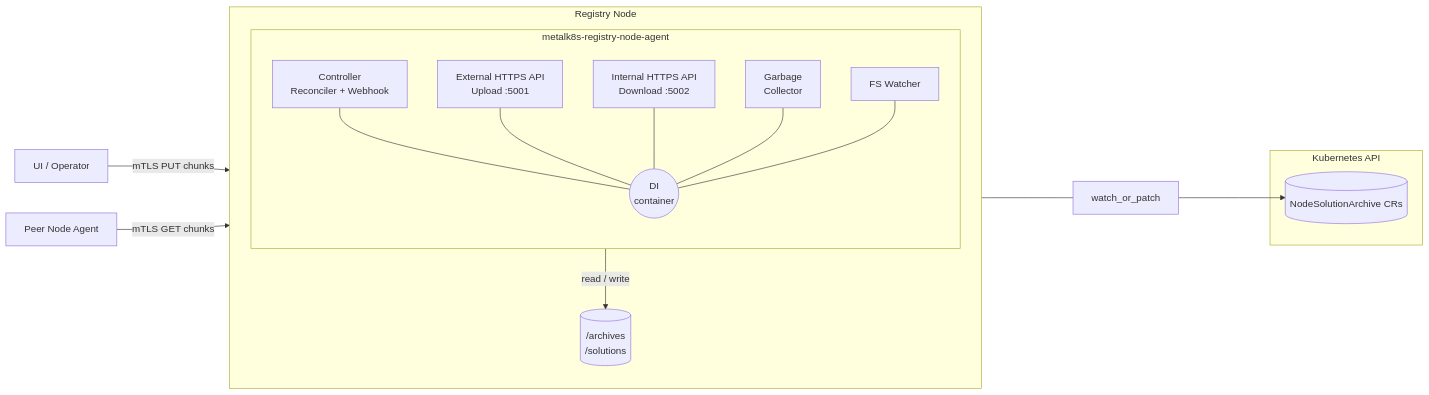
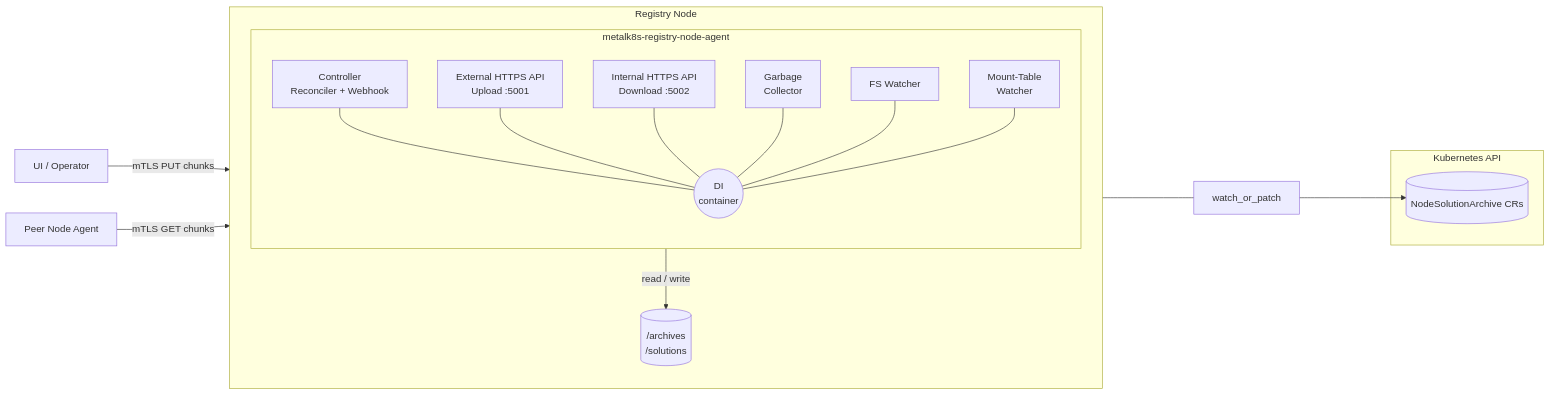
The first of 5 diagrams in DESIGN.md (scality/metalk8s-registry-node-agent), drawn with Mermaid before and after one commit. The commit also changed other lines of this file and 13 other files, not shown here.

First line of the commit message:
feat: Add a mountWatcher not to depend on fsnotify for unwanted unmount detection

````diff
--- a/DESIGN.md
+++ b/DESIGN.md
@@ -56,29 +58,31 @@
 ```mermaid
 flowchart LR
   subgraph K8s[Kubernetes API]
     NSA[(NodeSolutionArchive CRs)]
   end
 
   subgraph Node[Registry Node]
     direction TB
     subgraph Agent[metalk8s-registry-node-agent]
       direction TB
       Ctrl[Controller<br/>Reconciler + Webhook]
       ExtAPI[External HTTPS API<br/>Upload :5001]
       IntAPI[Internal HTTPS API<br/>Download :5002]
       GC[Garbage<br/>Collector]
       FW[FS Watcher]
+      MW[Mount-Table<br/>Watcher]
       Ctrl --- DI((DI<br/>container))
       ExtAPI --- DI
       IntAPI --- DI
       GC --- DI
       FW --- DI
+      MW --- DI
     end
     FS[(/archives<br/>/solutions)]
   end
 
   Client[UI / Operator]    -- mTLS PUT chunks --> ExtAPI
   PeerAgent[Peer Node Agent] -- mTLS GET chunks --> IntAPI
   Ctrl <---- watch_or_patch ----> NSA
   DI -- read / write --> FS
 ```
````
